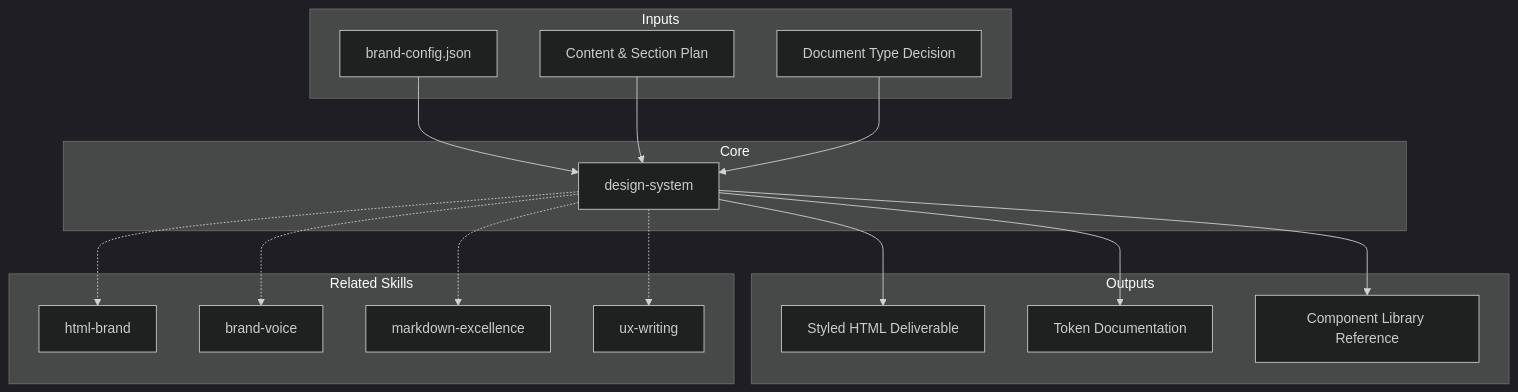
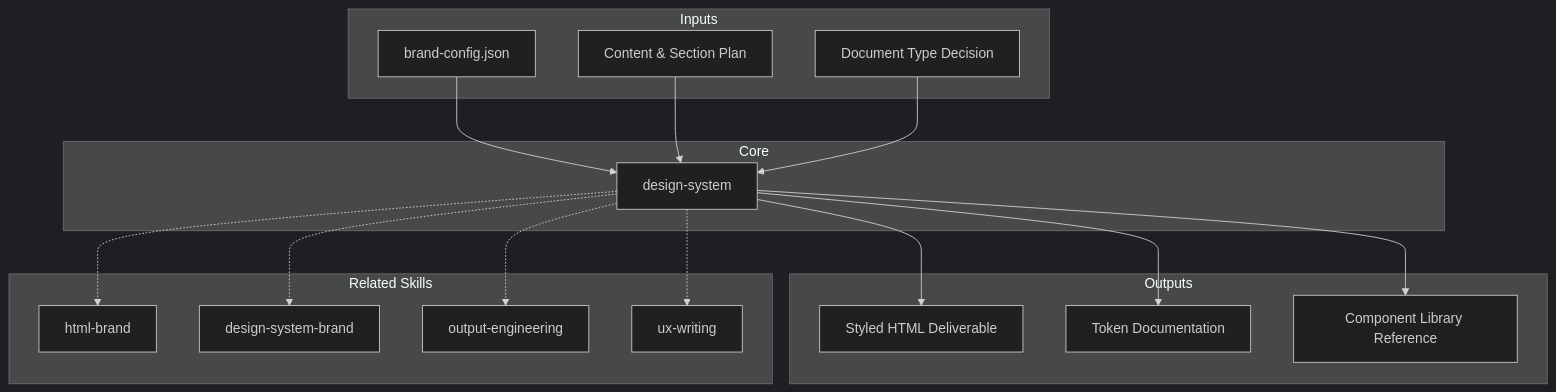
One commit to javiermontano-sofka/sofka-discovery-framework-public changed the diagram in sofka-discovery-framework/skills/design-system/SKILL.md. Above: the diagram before and after it, drawn with Mermaid (dark theme). The commit also changed other lines of this file and 1080 other files, not shown here.

````diff
--- a/sofka-discovery-framework/skills/design-system/SKILL.md
+++ b/sofka-discovery-framework/skills/design-system/SKILL.md
@@ -297,22 +298,22 @@
 ```mermaid
 graph TD
     subgraph Core
         DS[design-system]
     end
     subgraph Inputs
         BC[brand-config.json] --> DS
         CT[Content & Section Plan] --> DS
         DT[Document Type Decision] --> DS
     end
     subgraph Outputs
         DS --> HTML[Styled HTML Deliverable]
         DS --> TOK[Token Documentation]
         DS --> COMP[Component Library Reference]
     end
     subgraph Related Skills
         DS -.-> HB[html-brand]
-        DS -.-> BV[brand-voice]
-        DS -.-> ME[markdown-excellence]
+        DS -.-> BV[design-system-brand]
+        DS -.-> ME[output-engineering]
         DS -.-> UW[ux-writing]
     end
 ```
````
